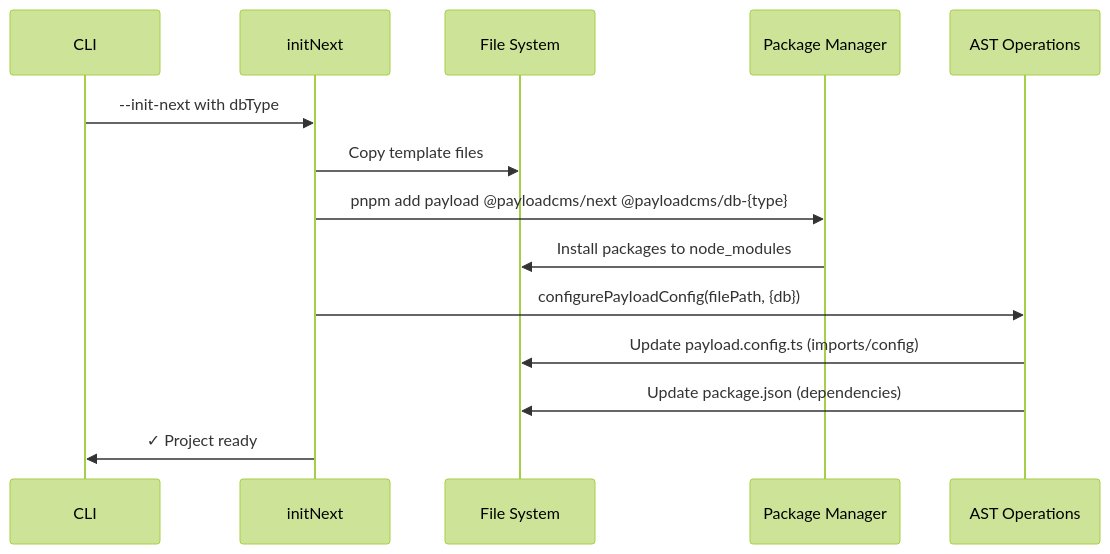
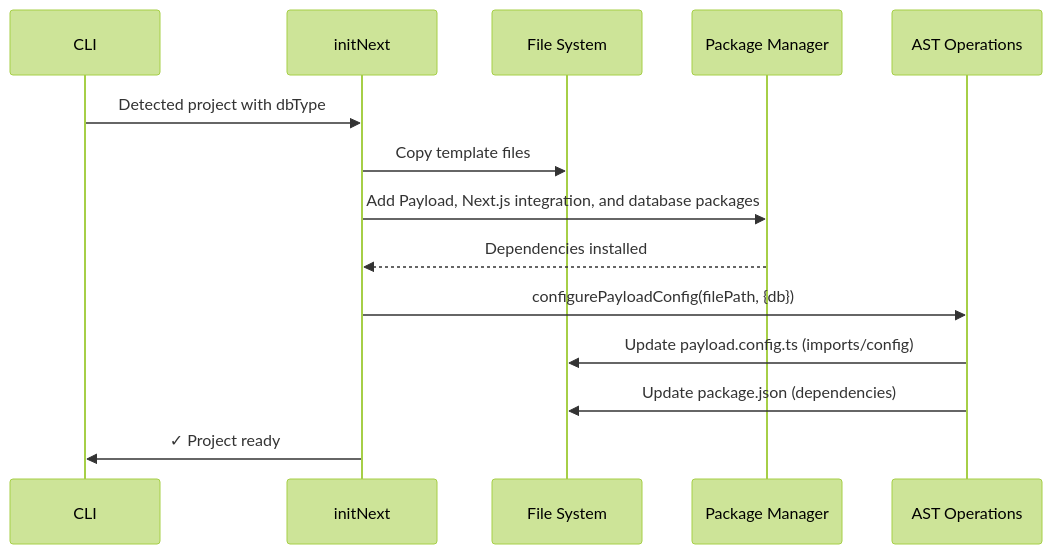
One commit to payloadcms/payload changed the first of 3 diagrams in packages/create-payload-app/CLAUDE.md. Above: the diagram before and after it, drawn with Mermaid (forest theme). The commit also changed other lines of this file and 31 other files, not shown here.

````diff
--- a/packages/create-payload-app/CLAUDE.md
+++ b/packages/create-payload-app/CLAUDE.md
@@ -59,17 +67,17 @@
 ```mermaid
 sequenceDiagram
     participant CLI
     participant initNext
     participant FS as File System
     participant PM as Package Manager
     participant AST as AST Operations
 
-    CLI->>initNext: --init-next with dbType
+    CLI->>initNext: Detected project with dbType
     initNext->>FS: Copy template files
-    initNext->>PM: pnpm add payload @payloadcms/next @payloadcms/db-{type}
-    PM->>FS: Install packages to node_modules
+    initNext->>PM: Add Payload, Next.js integration, and database packages
+    PM-->>initNext: Dependencies installed
     initNext->>AST: configurePayloadConfig(filePath, {db})
     AST->>FS: Update payload.config.ts (imports/config)
     AST->>FS: Update package.json (dependencies)
     initNext->>CLI: ✓ Project ready
 ```
````
